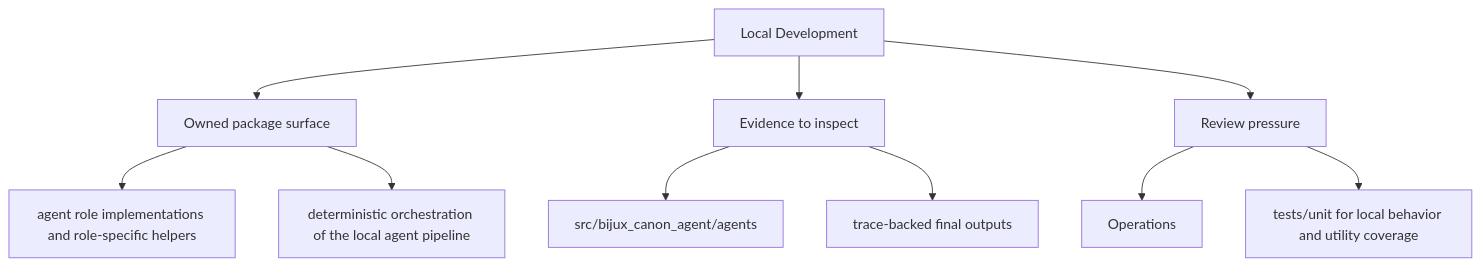
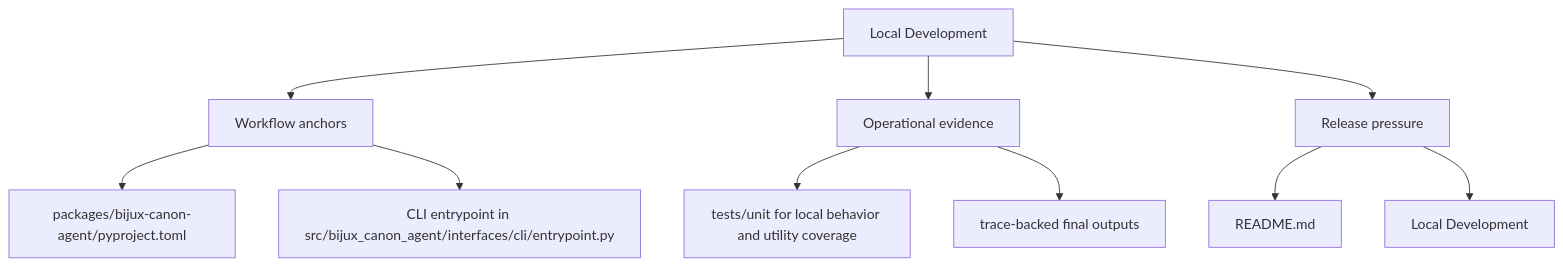
Before and after one commit to bijux/bijux-canon: the second of 2 diagrams in docs/bijux-canon-agent/operations/local-development.md, drawn with Mermaid. The commit also changed other lines of this file and 250 other files, not shown here.

Commit message:
docs(diagrams): make product page maps more readable

````diff
--- a/docs/bijux-canon-agent/operations/local-development.md
+++ b/docs/bijux-canon-agent/operations/local-development.md
@@ -35,22 +35,22 @@
 ```mermaid
 flowchart TD
     page["Local Development"]
-    focus1["Owned package surface"]
+    focus1["Workflow anchors"]
     page --> focus1
-    focus1_1["agent role implementations and role-specific helpers"]
+    focus1_1["packages/bijux-canon-agent/pyproject.toml"]
     focus1 --> focus1_1
-    focus1_2["deterministic orchestration of the local agent pipeline"]
+    focus1_2["CLI entrypoint in src/bijux_canon_agent/interfaces/cli/entrypoint.py"]
     focus1 --> focus1_2
-    focus2["Evidence to inspect"]
+    focus2["Operational evidence"]
     page --> focus2
-    focus2_1["src/bijux_canon_agent/agents"]
+    focus2_1["tests/unit for local behavior and utility coverage"]
     focus2 --> focus2_1
     focus2_2["trace-backed final outputs"]
     focus2 --> focus2_2
-    focus3["Review pressure"]
+    focus3["Release pressure"]
     page --> focus3
-    focus3_1["Operations"]
+    focus3_1["README.md"]
     focus3 --> focus3_1
-    focus3_2["tests/unit for local behavior and utility coverage"]
+    focus3_2["Local Development"]
     focus3 --> focus3_2
 ```
````
